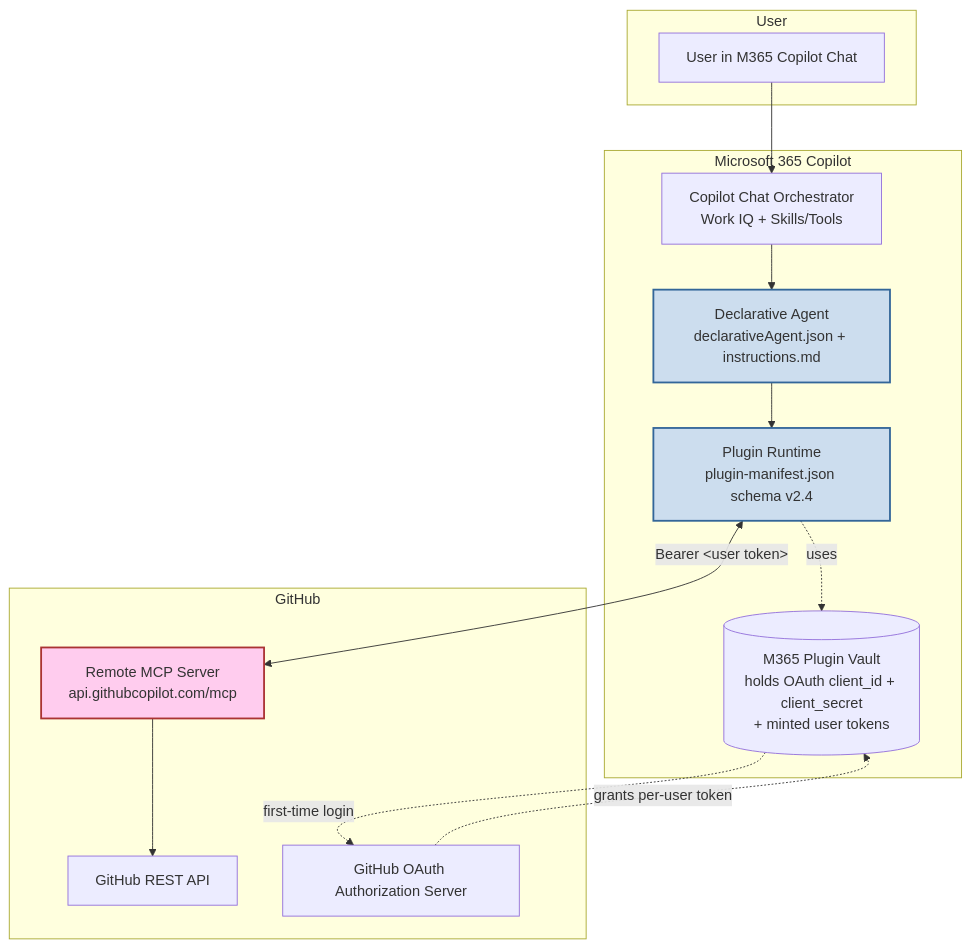
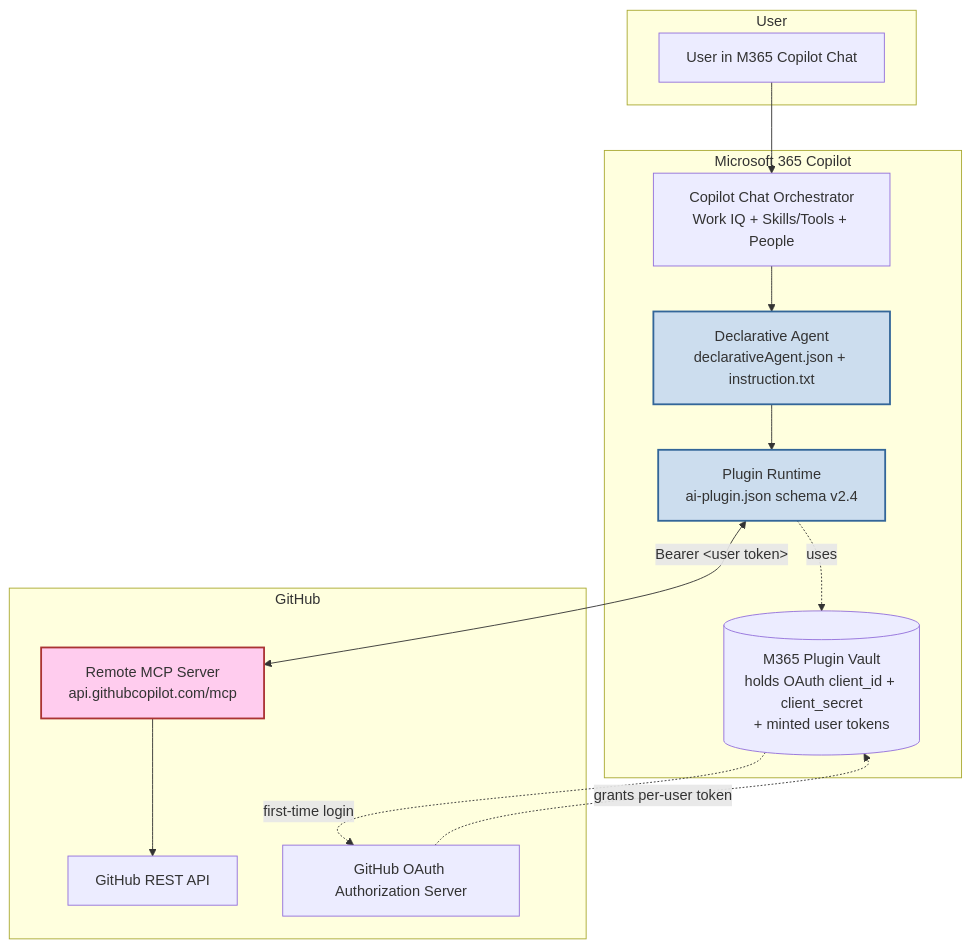
Before and after one commit to zunyangc/enginsights-agent: the first of 3 diagrams in docs/architecture.md, drawn with Mermaid. The commit also changed other lines of this file and 21 other files, not shown here.

````diff
--- a/docs/architecture.md
+++ b/docs/architecture.md
@@ -5,30 +5,30 @@
 ```mermaid
 flowchart TB
     subgraph U[User]
       A[User in M365 Copilot Chat]
     end
     subgraph M[Microsoft 365 Copilot]
-      B[Copilot Chat Orchestrator<br/>Work IQ + Skills/Tools]
-      C[Declarative Agent<br/>declarativeAgent.json + instructions.md]
-      D[Plugin Runtime<br/>plugin-manifest.json schema v2.4]
+      B[Copilot Chat Orchestrator<br/>Work IQ + Skills/Tools + People]
+      C[Declarative Agent<br/>declarativeAgent.json + instruction.txt]
+      D[Plugin Runtime<br/>ai-plugin.json schema v2.4]
       V[(M365 Plugin Vault<br/>holds OAuth client_id + client_secret<br/>+ minted user tokens)]
     end
     subgraph G[GitHub]
       E[Remote MCP Server<br/>api.githubcopilot.com/mcp]
       F[GitHub REST API]
       O[GitHub OAuth Authorization Server]
     end
 
     A --> B
     B --> C
     C --> D
     D <-->|"Bearer &lt;user token&gt;"| E
     E --> F
     D -.uses.-> V
     V -.first-time login.-> O
     O -.grants per-user token.-> V
 
     style C fill:#cde,stroke:#369,stroke-width:2px
     style D fill:#cde,stroke:#369,stroke-width:2px
     style E fill:#fce,stroke:#a33,stroke-width:2px
 ```
````
